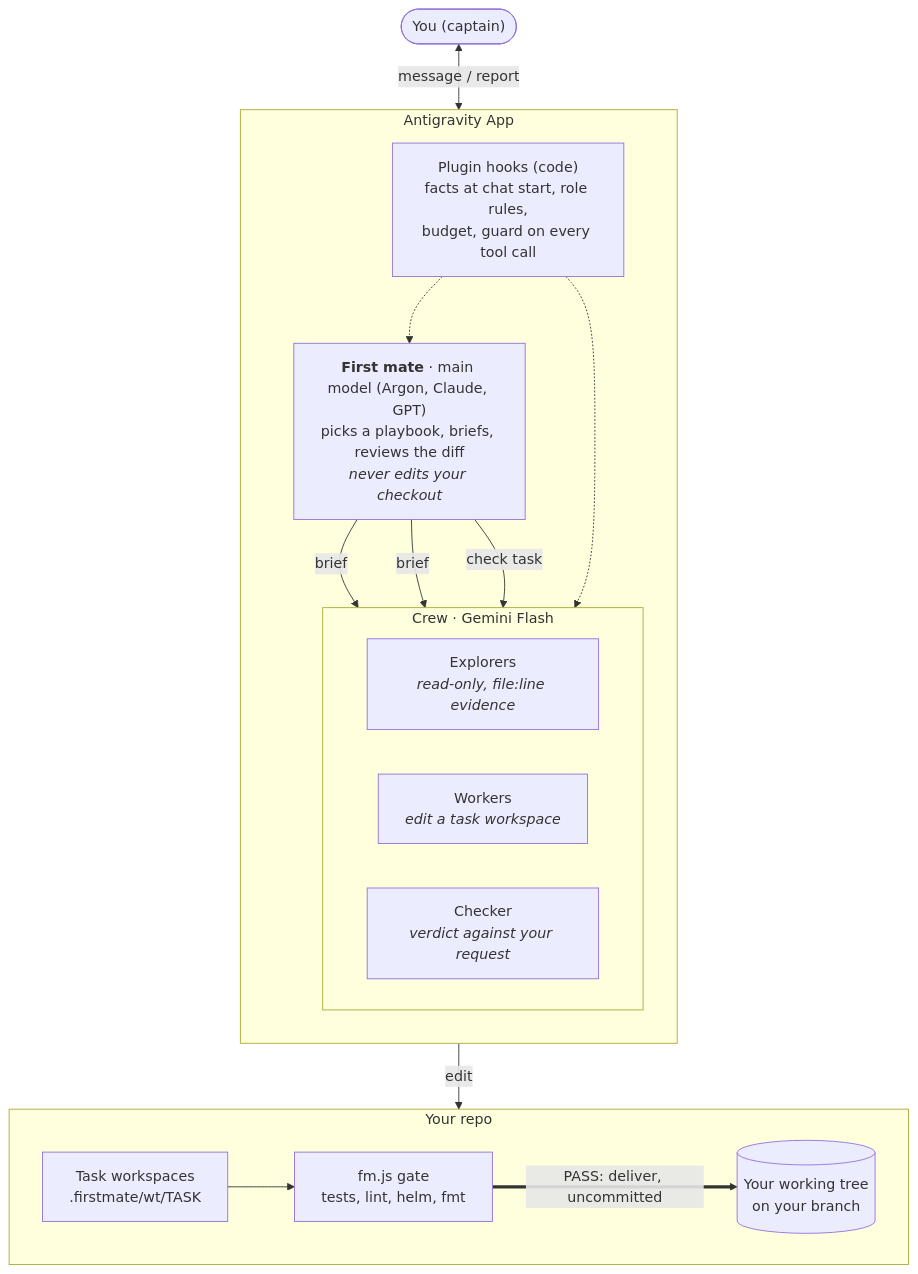
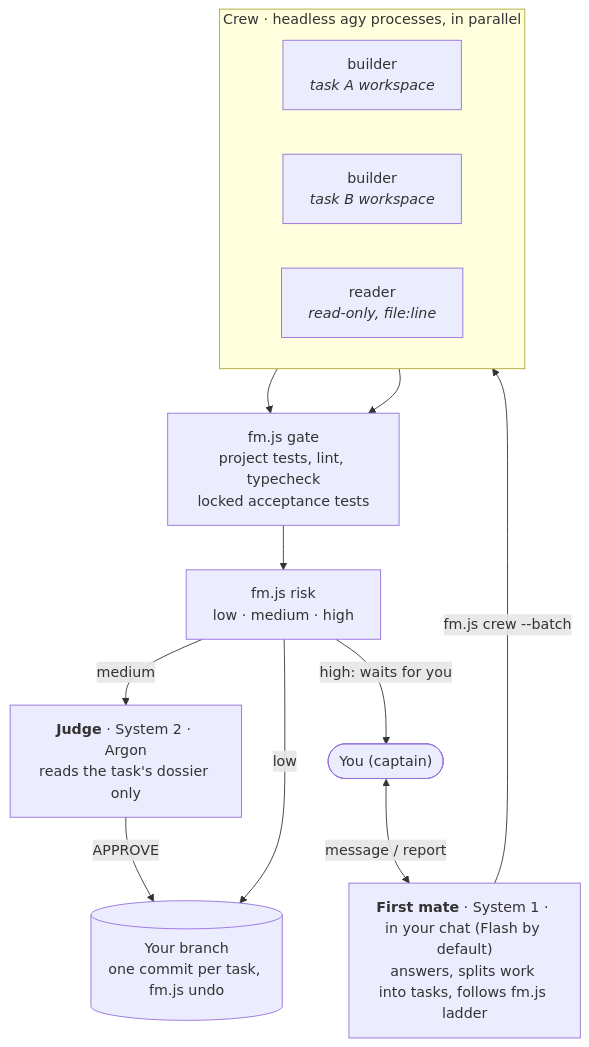
The diagram in README.md (cuongtt0201/antigravity-firstmate), drawn with Mermaid before and after one commit. The commit also changed other lines of this file and 2 other files, not shown here.

Commit message:
docs: README for v1.0.0-alpha.1, the real end-to-end benchmark, architecture note

````diff
--- a/README.md
+++ b/README.md
@@ -60,33 +43,25 @@
 ```mermaid
 flowchart TB
   you(["You (captain)"])
-
-  subgraph app["Antigravity App"]
-    direction TB
-    hooks["Plugin hooks (code)<br/>facts at chat start, role rules,<br/>budget, guard on every tool call"]
-    fm["<b>First mate</b> · main model (Argon, Claude, GPT)<br/>picks a playbook, briefs, reviews the diff<br/><i>never edits your checkout</i>"]
-    subgraph crew["Crew · Gemini Flash"]
-      direction LR
-      ex["Explorers<br/><i>read-only, file:line evidence</i>"]
-      wk["Workers<br/><i>edit a task workspace</i>"]
-      ck["Checker<br/><i>verdict against your request</i>"]
-    end
+  fm["<b>First mate</b> · System 1 · in your chat (Flash by default)<br/>answers, splits work into tasks, follows fm.js ladder"]
+  subgraph crew["Crew · headless agy processes, in parallel"]
+    direction LR
+    b1["builder<br/><i>task A workspace</i>"]
+    b2["builder<br/><i>task B workspace</i>"]
+    rd["reader<br/><i>read-only, file:line</i>"]
   end
-
-  subgraph repo["Your repo"]
-    direction LR
-    wt["Task workspaces<br/>.firstmate/wt/TASK"]
-    gate["fm.js gate<br/>tests, lint, helm, fmt"]
-    tree[("Your working tree<br/>on your branch")]
-  end
+  gate["fm.js gate<br/>project tests, lint, typecheck<br/>locked acceptance tests"]
+  risk["fm.js risk<br/>low · medium · high"]
+  judge["<b>Judge</b> · System 2 · Argon<br/>reads the task's dossier only"]
+  tree[("Your branch<br/>one commit per task, fm.js undo")]
 
   you <-->|"message / report"| fm
-  hooks -.-> fm
-  hooks -.-> crew
-  fm -->|"brief"| ex
-  fm -->|"brief"| wk
-  fm -->|"check task"| ck
-  wk -->|"edit"| wt
-  wt --> gate
-  gate ==>|"PASS: deliver, uncommitted"| tree
+  fm -->|"fm.js crew --batch"| crew
+  b1 --> gate
+  b2 --> gate
+  gate --> risk
+  risk -->|"medium"| judge
+  judge -->|"APPROVE"| tree
+  risk -->|"low"| tree
+  risk -->|"high: waits for you"| you
 ```
````
